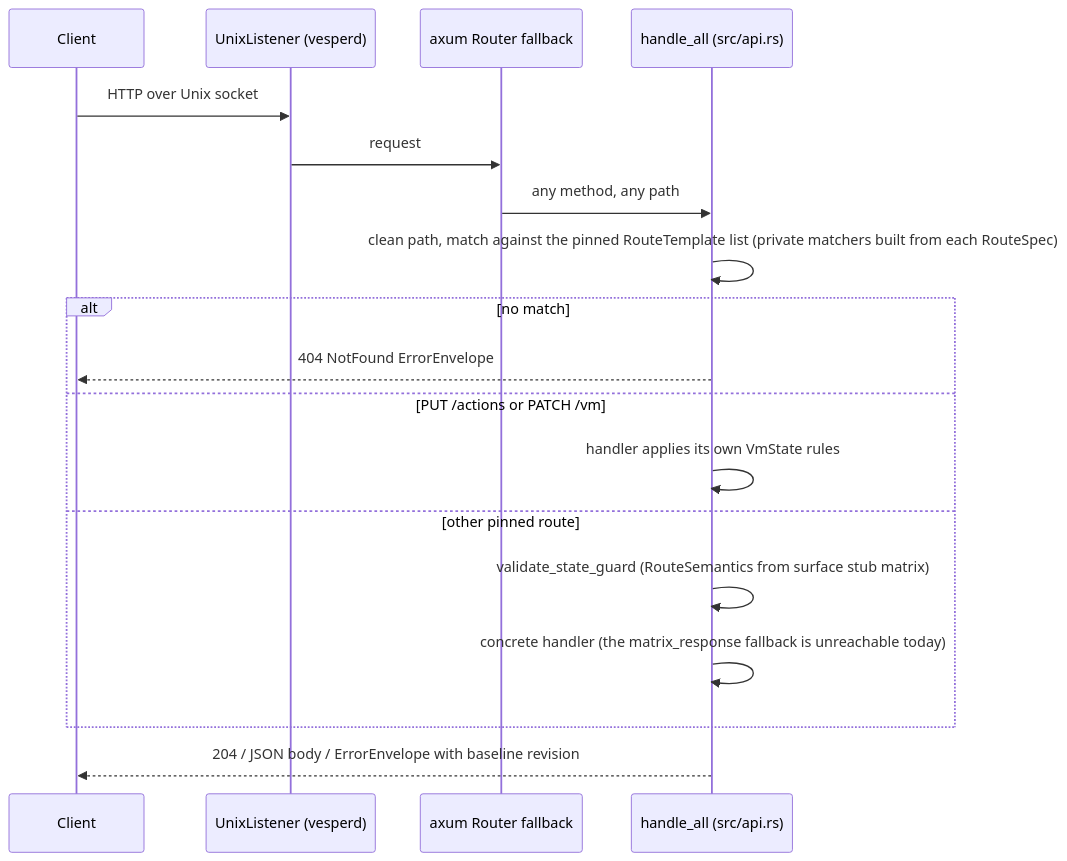
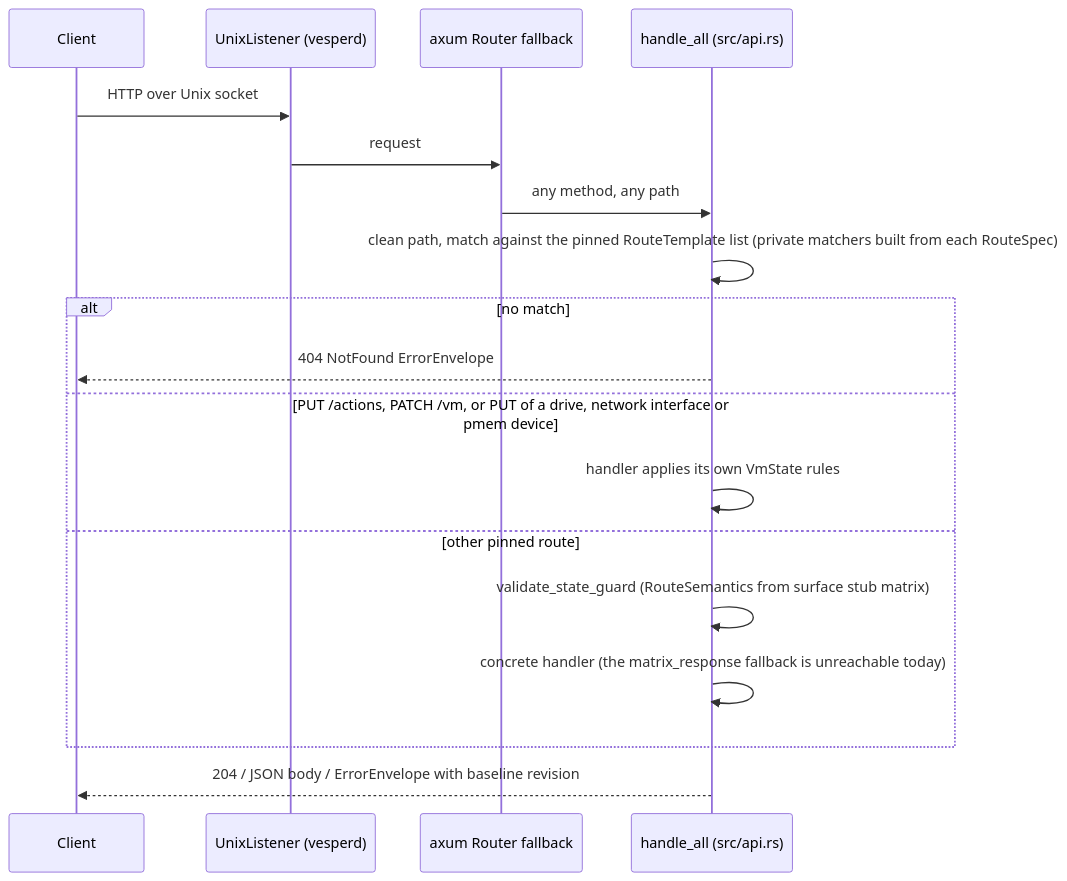
Before and after one commit to cityhunteur/vesper: the third of 5 diagrams in ARCHITECTURE.md, drawn with Mermaid. The commit also changed other lines of this file and 5 other files, not shown here.

First line of the commit message:
docs(architecture): correct the map against the code and cover every library file by the structure rules (TD-084) (#226)

````diff
--- a/ARCHITECTURE.md
+++ b/ARCHITECTURE.md
@@ -205,20 +266,20 @@
 ```mermaid
 sequenceDiagram
   participant C as Client
   participant L as UnixListener (vesperd)
   participant R as axum Router fallback
   participant H as handle_all (src/api.rs)
   C->>L: HTTP over Unix socket
   L->>R: request
   R->>H: any method, any path
   H->>H: clean path, match against the pinned RouteTemplate list (private matchers built from each RouteSpec)
   alt no match
     H-->>C: 404 NotFound ErrorEnvelope
-  else PUT /actions or PATCH /vm
+  else PUT /actions, PATCH /vm, or PUT of a drive, network interface or pmem device
     H->>H: handler applies its own VmState rules
   else other pinned route
     H->>H: validate_state_guard (RouteSemantics from surface stub matrix)
     H->>H: concrete handler (the matrix_response fallback is unreachable today)
   end
   H-->>C: 204 / JSON body / ErrorEnvelope with baseline revision
 ```
````
